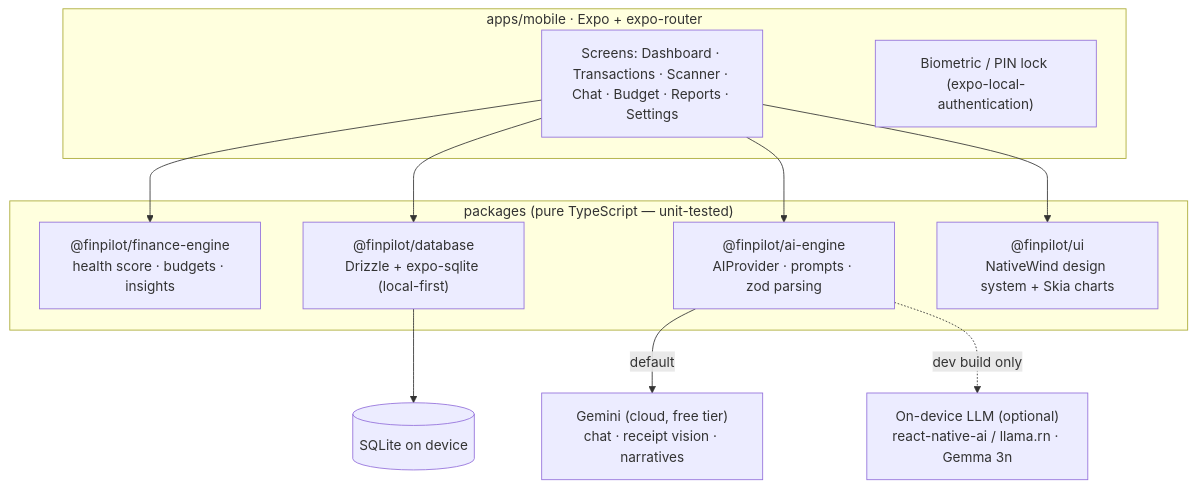
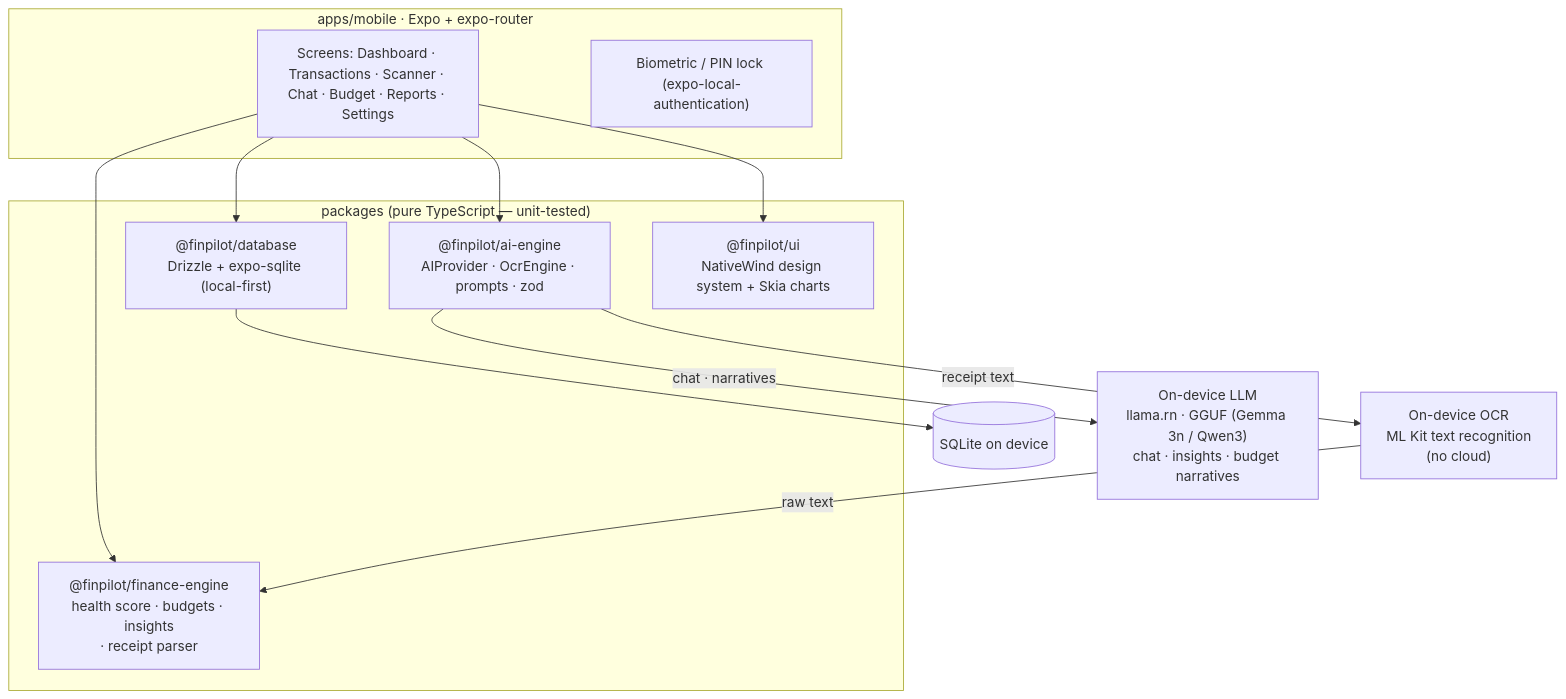
One commit to gcharan199/finpilot-ai changed the diagram in README.md. Above: the diagram before and after it, drawn with Mermaid. The commit also changed other lines of this file and 28 other files, not shown here.

First line of the commit message:
refactor: make FinPilot 100% on-device — remove all cloud/Gemini

````diff
--- a/README.md
+++ b/README.md
@@ -36,20 +36,21 @@
 ```mermaid
 flowchart TD
     subgraph App["apps/mobile · Expo + expo-router"]
       UI["Screens: Dashboard · Transactions · Scanner · Chat · Budget · Reports · Settings"]
       Lock["Biometric / PIN lock (expo-local-authentication)"]
     end
     subgraph Core["packages (pure TypeScript — unit-tested)"]
-      FE["@finpilot/finance-engine\nhealth score · budgets · insights"]
+      FE["@finpilot/finance-engine\nhealth score · budgets · insights\n· receipt parser"]
       DB["@finpilot/database\nDrizzle + expo-sqlite (local-first)"]
-      AE["@finpilot/ai-engine\nAIProvider · prompts · zod parsing"]
+      AE["@finpilot/ai-engine\nAIProvider · OcrEngine · prompts · zod"]
       UIK["@finpilot/ui\nNativeWind design system + Skia charts"]
     end
-    GEM["Gemini (cloud, free tier)\nchat · receipt vision · narratives"]
-    OND["On-device LLM (optional)\nreact-native-ai / llama.rn · Gemma 3n"]
+    LLM["On-device LLM\nllama.rn · GGUF (Gemma 3n / Qwen3)\nchat · insights · budget narratives"]
+    OCR["On-device OCR\nML Kit text recognition\n(no cloud)"]
 
     UI --> FE & DB & AE & UIK
-    AE -->|default| GEM
-    AE -.->|dev build only| OND
+    AE -->|chat · narratives| LLM
+    AE -->|receipt text| OCR
+    OCR -->|raw text| FE
     DB --> SQLite[("SQLite on device")]
 ```
````
